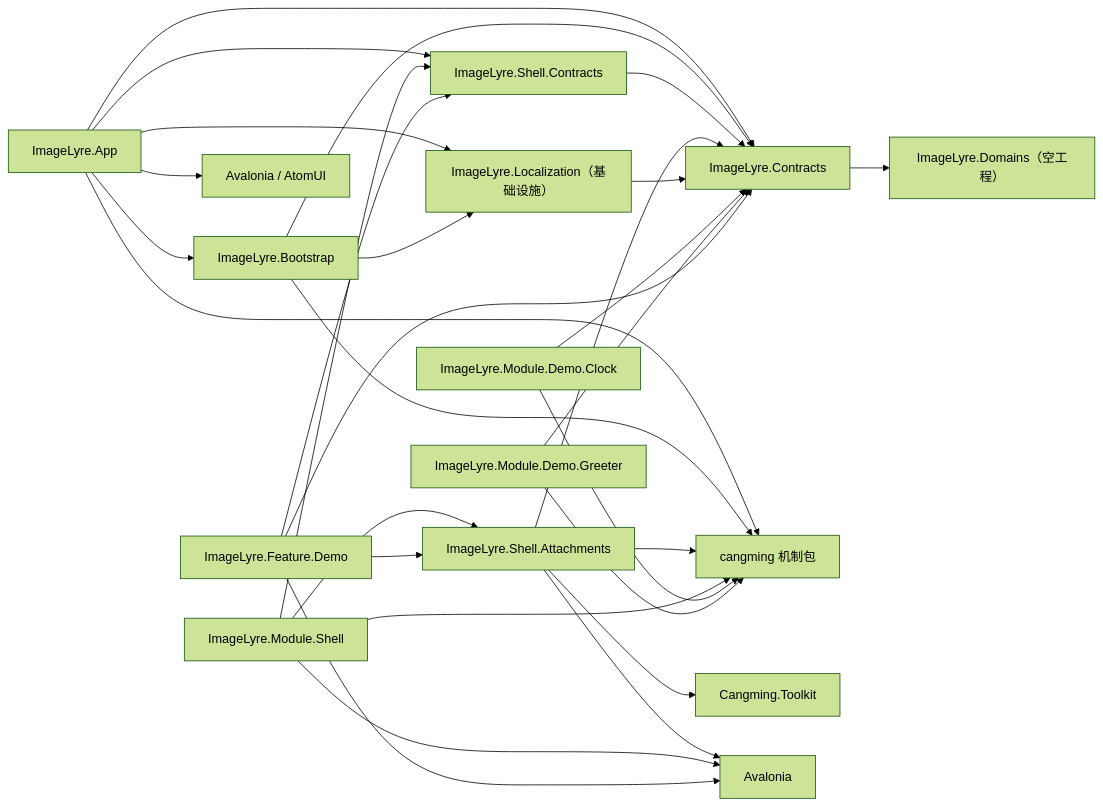
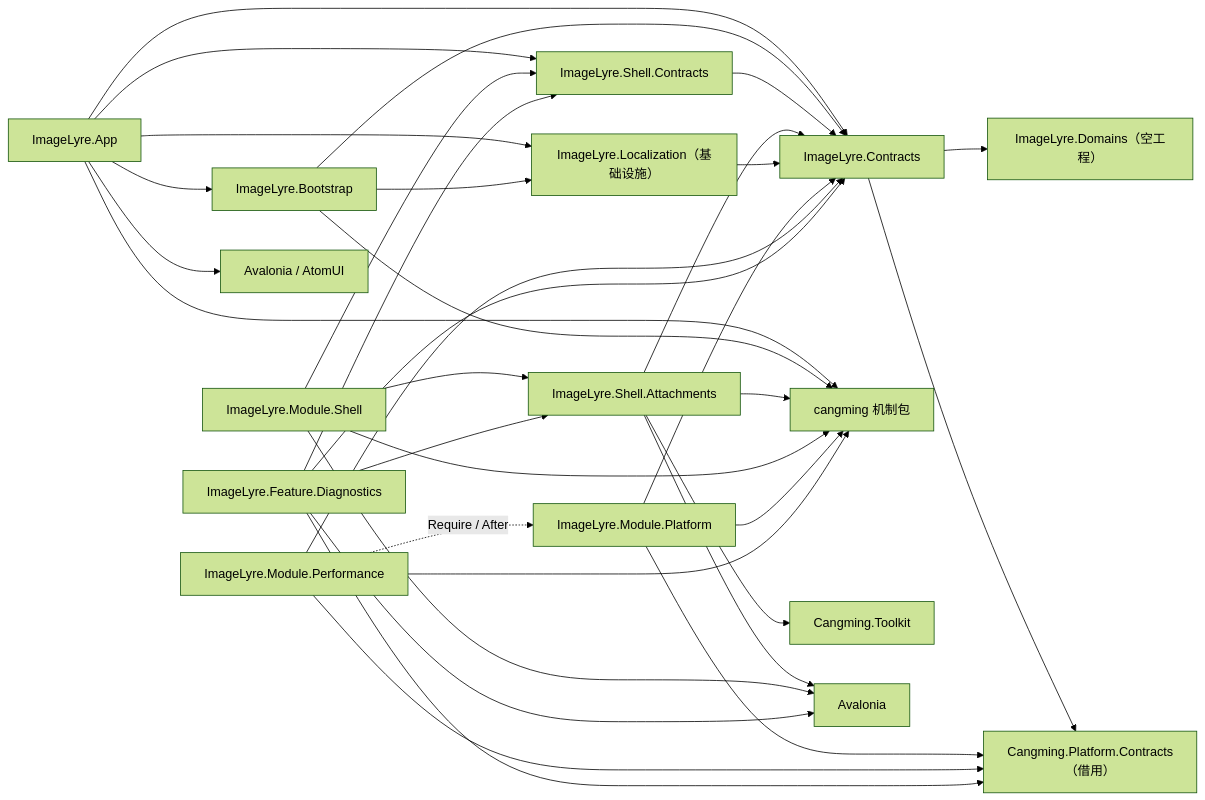
The first of 2 diagrams in docs/design/lukan/DESIGN-0001-M1-插件骨架.md (xknife-erian/ImageLyre), drawn with Mermaid (forest theme) before and after one commit. The commit also changed other lines of this file and 1 other file, not shown here.

````diff
--- a/docs/design/lukan/DESIGN-0001-M1-插件骨架.md
+++ b/docs/design/lukan/DESIGN-0001-M1-插件骨架.md
@@ -79,43 +80,49 @@
 ```mermaid
 flowchart LR
     BOOT["ImageLyre.Bootstrap"]
     APP["ImageLyre.App"]
     SC["ImageLyre.Shell.Contracts"]
     SA["ImageLyre.Shell.Attachments"]
     DC["ImageLyre.Contracts"]
     DN["ImageLyre.Domains（空工程）"]
     MS["ImageLyre.Module.Shell"]
     LOC["ImageLyre.Localization（基础设施）"]
-    MC["ImageLyre.Module.Demo.Clock"]
-    MG["ImageLyre.Module.Demo.Greeter"]
-    FD["ImageLyre.Feature.Demo"]
+    MC["ImageLyre.Module.Platform"]
+    MG["ImageLyre.Module.Performance"]
+    FD["ImageLyre.Feature.Diagnostics"]
+    PC["Cangming.Platform.Contracts（借用）"]
 
     APP --> BOOT
     APP --> SC
     APP --> DC
     APP --> CM
     APP --> AV["Avalonia / AtomUI"]
     BOOT --> CM["cangming 机制包"]
     BOOT --> DC
     SC --> DC
     SA --> DC
     SA --> CM
     SA --> TK["Cangming.Toolkit"]
     SA --> AVL["Avalonia"]
     DC --> DN
     MS --> SC
     MS --> SA
     MS --> CM
     MS --> AVL
     LOC --> DC
     APP --> LOC
     BOOT --> LOC
     MC --> DC
     MC --> CM
     MG --> DC
     MG --> CM
+    MG -.->|"Require / After"| MC
     FD --> SC
     FD --> SA
     FD --> DC
     FD --> AVL
+    DC --> PC
+    MC --> PC
+    MG --> PC
+    FD --> PC
 ```
````
